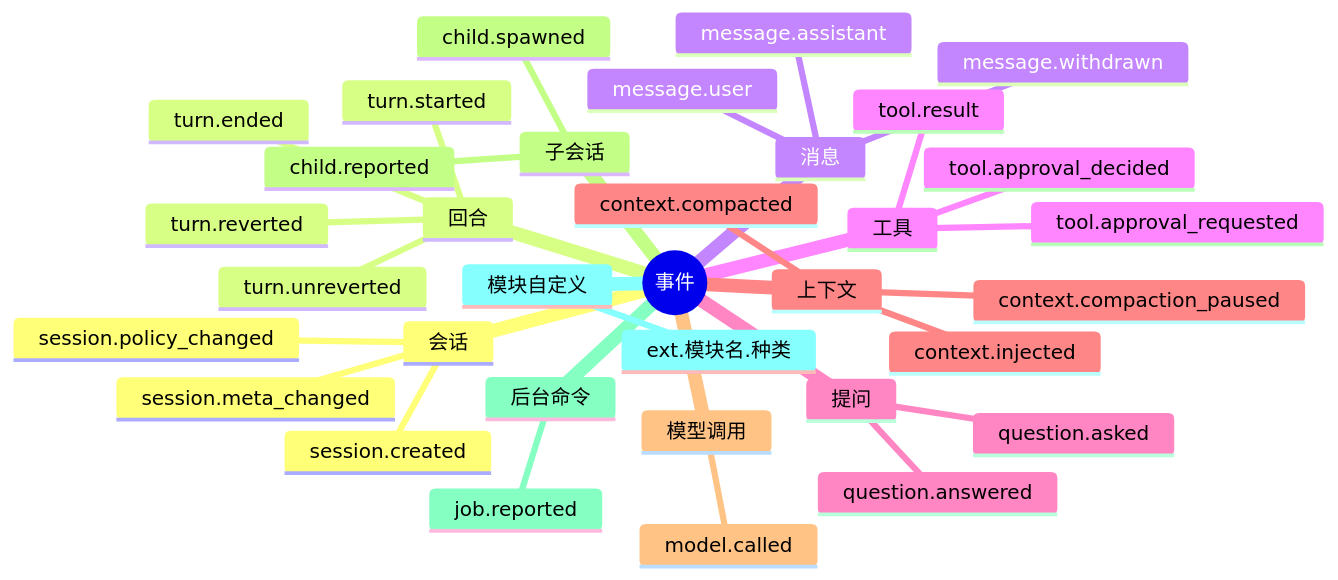
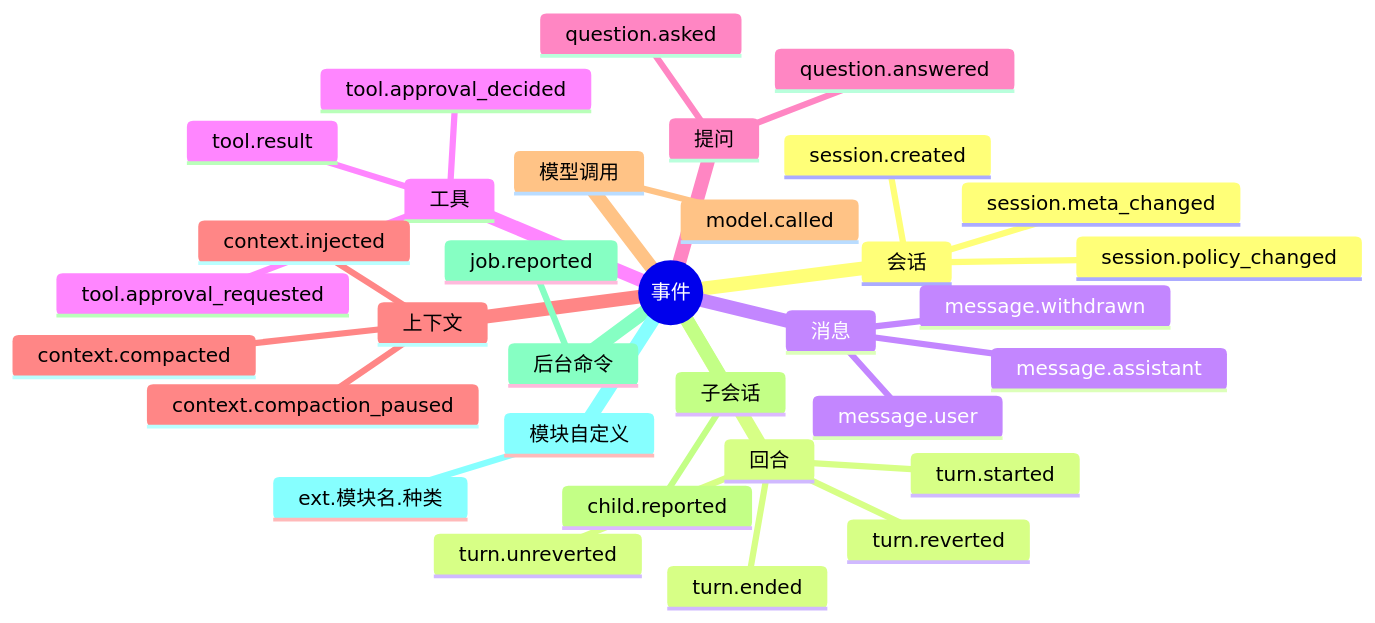
One commit to SHORiN-KiWATA/miyu-agent-remake changed the first of 3 diagrams in docs/designs/03-事件模型.md. Above: the diagram before and after it, drawn with Mermaid. The commit also changed other lines of this file and 10 other files, not shown here.

First line of the commit message:
docs: 分身画成图纸（蓝图 agents.md），M7 拆成 11 步，项目主人批准

````diff
--- a/docs/designs/03-事件模型.md
+++ b/docs/designs/03-事件模型.md
@@ -102,37 +103,36 @@
 ```mermaid
 mindmap
   root((事件))
     会话
       session.created
       session.policy_changed
       session.meta_changed
     回合
       turn.started
       turn.ended
       turn.reverted
       turn.unreverted
     消息
       message.user
       message.assistant
       message.withdrawn
     工具
       tool.result
       tool.approval_requested
       tool.approval_decided
     提问
       question.asked
       question.answered
     上下文
       context.injected
       context.compacted
       context.compaction_paused
     模型调用
       model.called
     子会话
-      child.spawned
       child.reported
     后台命令
       job.reported
     模块自定义
       ext.模块名.种类
 ```
````
